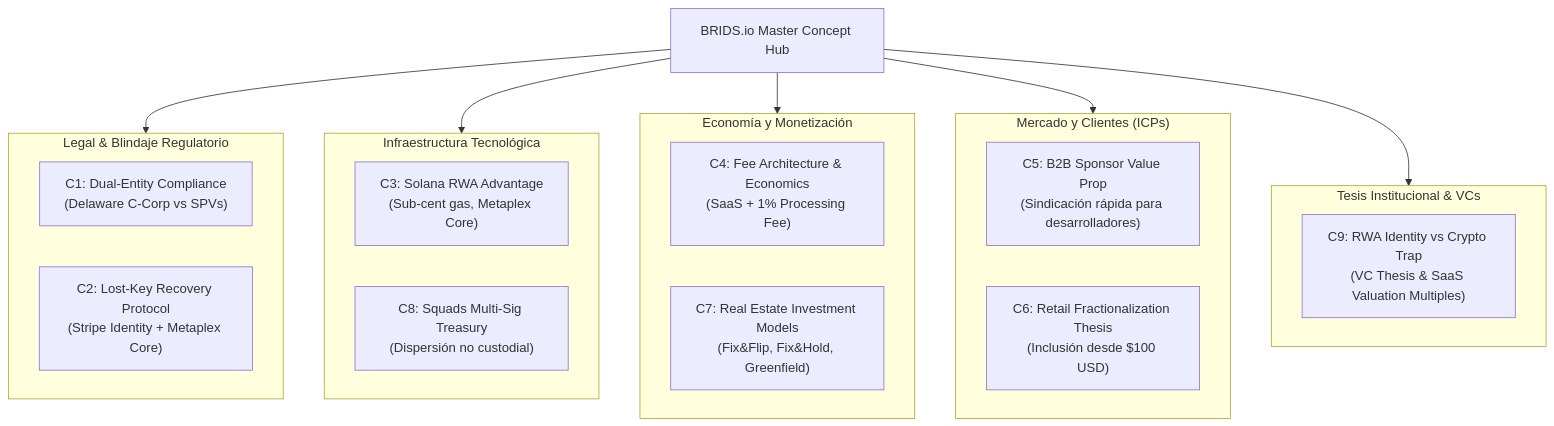
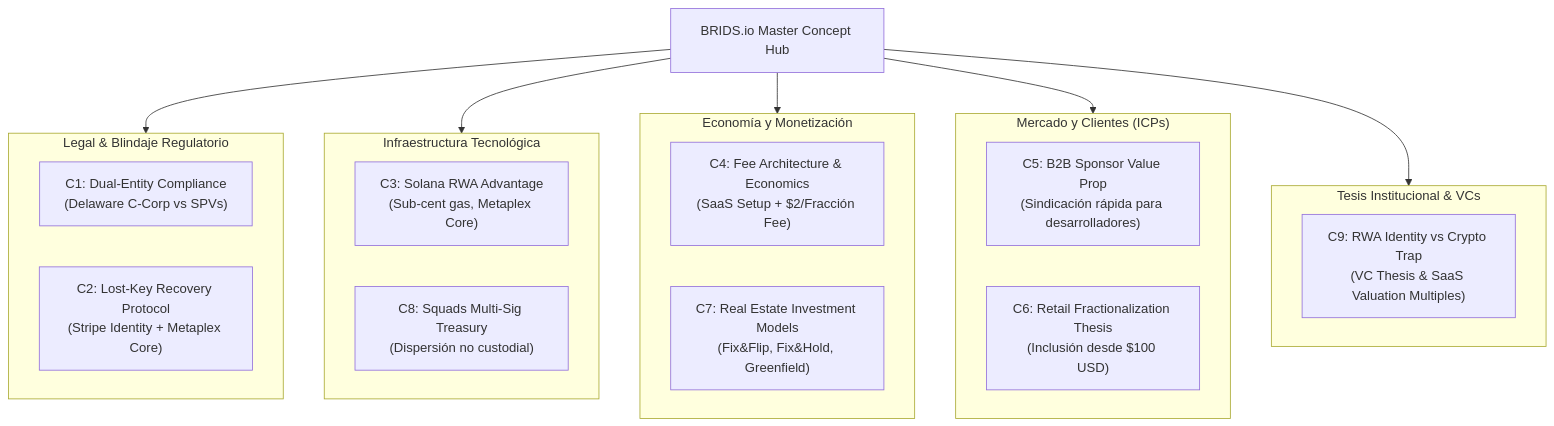
One commit to jeisonsosablockdev/BRIDS-KNOWLEDGE-FORT changed the diagram in BRIDS-Brain/01 Negocio/01 Estrategia & Modelo/master-business-concepts.md. Above: the diagram before and after it, drawn with Mermaid. The commit also changed other lines of this file and 3 other files, not shown here.

First line of the commit message:
feat(business): refactor fee architecture to pure SaaS transaction fees (C4, C7)

````diff
--- a/BRIDS-Brain/01 Negocio/01 Estrategia & Modelo/master-business-concepts.md
+++ b/BRIDS-Brain/01 Negocio/01 Estrategia & Modelo/master-business-concepts.md
@@ -27,34 +28,34 @@
 ```mermaid
 graph TD
     Master["BRIDS.io Master Concept Hub"]
     
     subgraph Legal_Compliance["Legal & Blindaje Regulatorio"]
         C1["C1: Dual-Entity Compliance<br/>(Delaware C-Corp vs SPVs)"]
         C2["C2: Lost-Key Recovery Protocol<br/>(Stripe Identity + Metaplex Core)"]
     end
 
     subgraph Tech_Infra["Infraestructura Tecnológica"]
         C3["C3: Solana RWA Advantage<br/>(Sub-cent gas, Metaplex Core)"]
         C8["C8: Squads Multi-Sig Treasury<br/>(Dispersión no custodial)"]
     end
 
     subgraph Business_Economics["Economía y Monetización"]
-        C4["C4: Fee Architecture & Economics<br/>(SaaS + 1% Processing Fee)"]
+        C4["C4: Fee Architecture & Economics<br/>(SaaS Setup + $2/Fracción Fee)"]
         C7["C7: Real Estate Investment Models<br/>(Fix&Flip, Fix&Hold, Greenfield)"]
     end
 
     subgraph Market_GTM["Mercado y Clientes (ICPs)"]
         C5["C5: B2B Sponsor Value Prop<br/>(Sindicación rápida para desarrolladores)"]
         C6["C6: Retail Fractionalization Thesis<br/>(Inclusión desde $100 USD)"]
     end
 
     subgraph VC_Thesis["Tesis Institucional & VCs"]
         C9["C9: RWA Identity vs Crypto Trap<br/>(VC Thesis & SaaS Valuation Multiples)"]
     end
 
     Master --> Legal_Compliance
     Master --> Tech_Infra
     Master --> Business_Economics
     Master --> Market_GTM
     Master --> VC_Thesis
 ```
````
